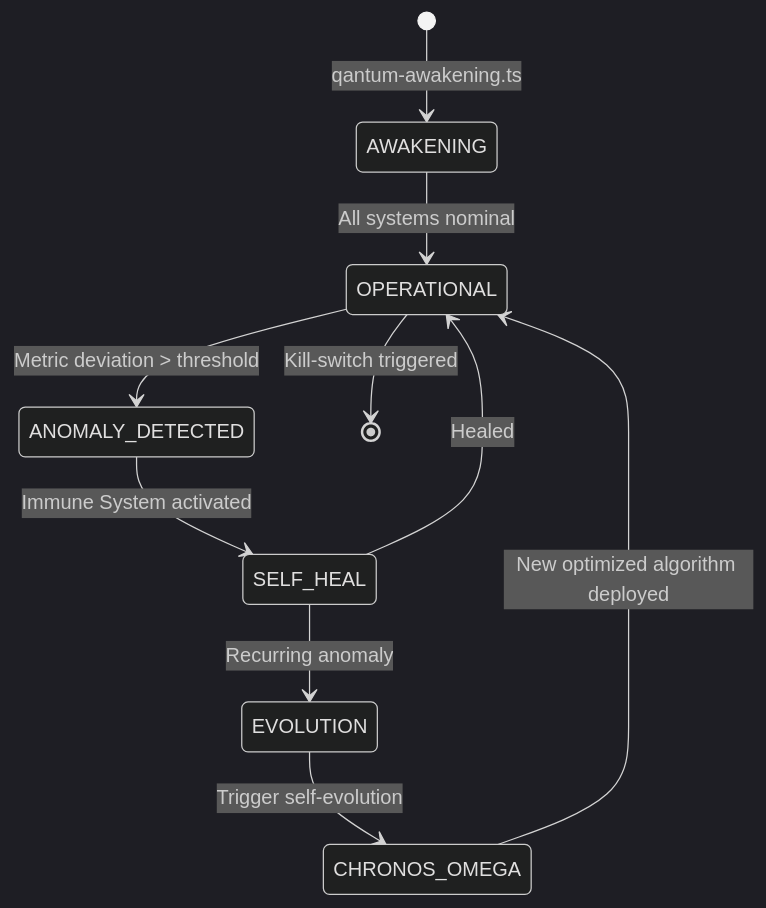
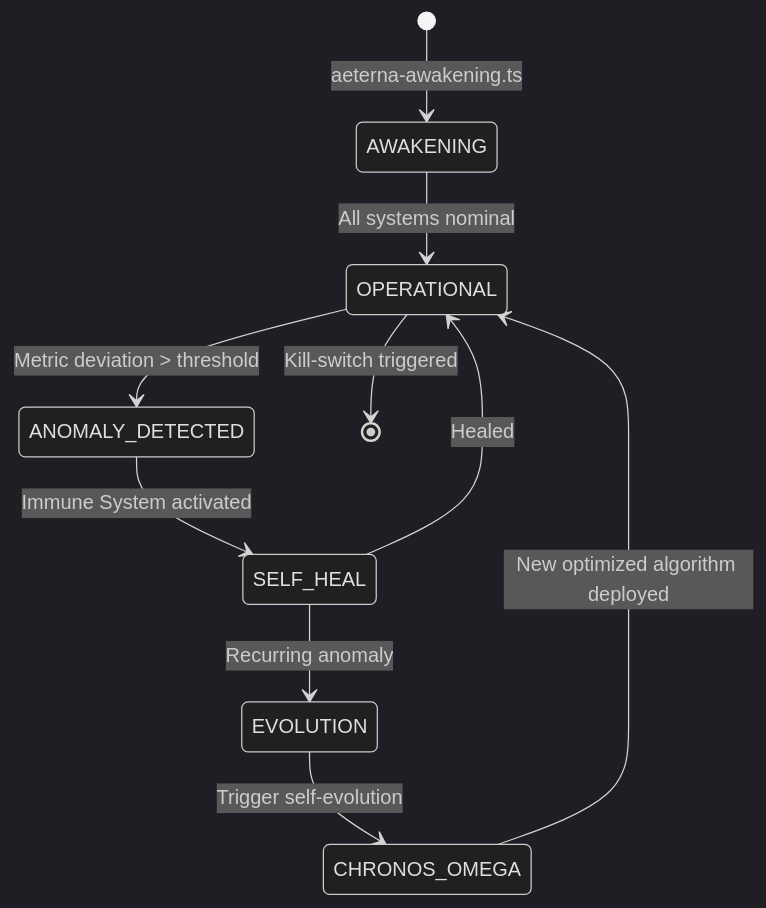
Before and after one commit to QAntum-Fortres/QAntum: the fifth of 8 diagrams in README.md, drawn with Mermaid (dark theme). The commit also changed other lines of this file and 3568 other files, not shown here.

Commit message:
⚛️ THE QANTUM ASCENSION - v1.0.0-AETERNA

````diff
--- a/README.md
+++ b/README.md
@@ -293,16 +293,16 @@
 ```mermaid
 stateDiagram-v2
-    [*] --> AWAKENING: qantum-awakening.ts
+    [*] --> AWAKENING: aeterna-awakening.ts
 
     AWAKENING --> OPERATIONAL: All systems nominal
     OPERATIONAL --> ANOMALY_DETECTED: Metric deviation > threshold
 
     ANOMALY_DETECTED --> SELF_HEAL: Immune System activated
     SELF_HEAL --> OPERATIONAL: Healed
     SELF_HEAL --> EVOLUTION: Recurring anomaly
 
     EVOLUTION --> CHRONOS_OMEGA: Trigger self-evolution
     CHRONOS_OMEGA --> OPERATIONAL: New optimized algorithm deployed
 
     OPERATIONAL --> [*]: Kill-switch triggered
 ```
````
